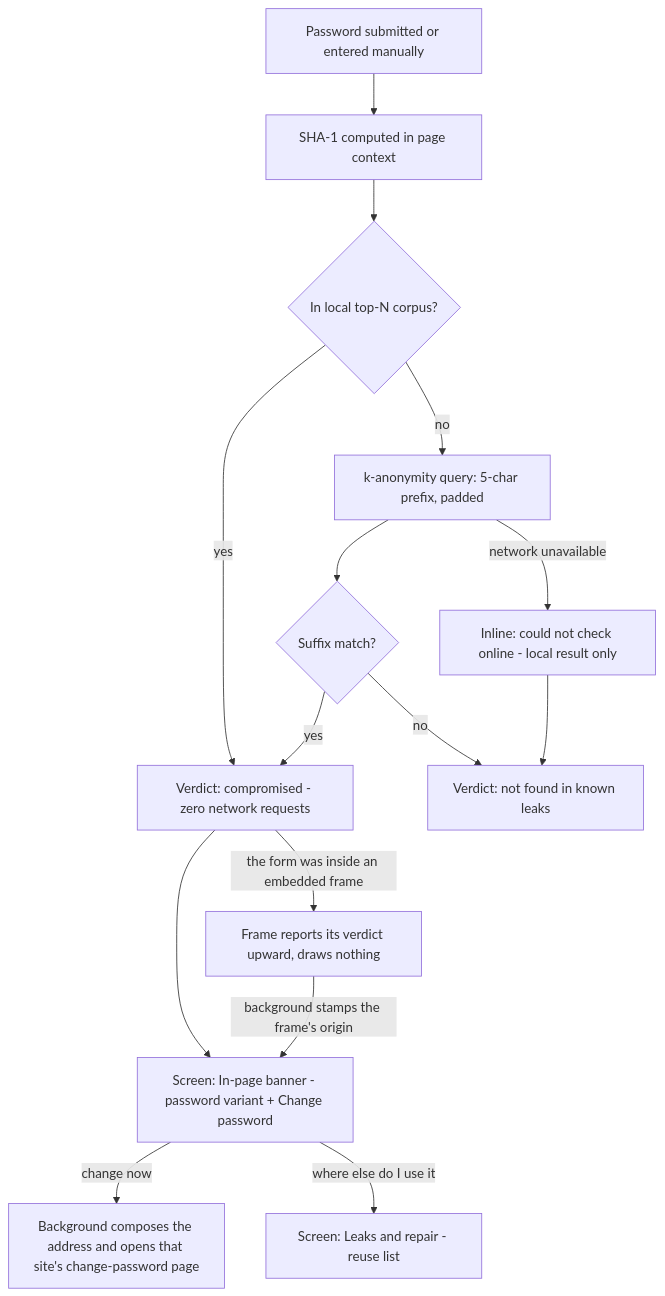
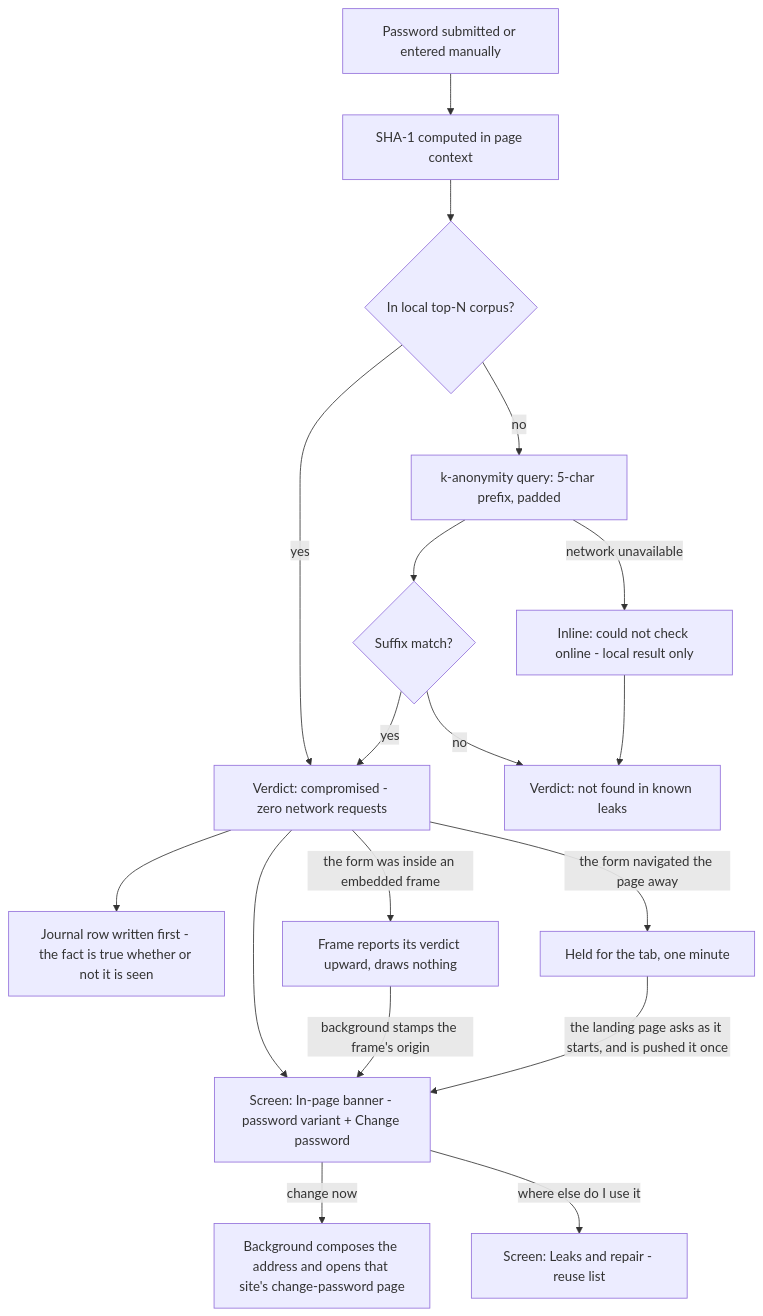
The tenth of 18 diagrams in docs/ux/flows.md (ssheleg/okolos), drawn with Mermaid before and after one commit. The commit also changed other lines of this file and 16 other files, not shown here.

````diff
--- a/docs/ux/flows.md
+++ b/docs/ux/flows.md
@@ -292,17 +292,20 @@
 ```mermaid
 flowchart TD
   A[Password submitted or entered manually] --> B[SHA-1 computed in page context]
   B --> C{In local top-N corpus?}
   C -->|yes| D[Verdict: compromised - zero network requests]
   C -->|no| E[k-anonymity query: 5-char prefix, padded]
   E --> F{Suffix match?}
   F -->|yes| D
   F -->|no| G[Verdict: not found in known leaks]
   E -->|network unavailable| E_err[Inline: could not check online - local result only]
   E_err --> G
+  D --> J1[Journal row written first - the fact is true whether or not it is seen]
   D --> H[Screen: In-page banner - password variant + Change password]
   D -->|the form was inside an embedded frame| F2[Frame reports its verdict upward, draws nothing]
   F2 -->|background stamps the frame's origin| H
+  D -->|the form navigated the page away| K[Held for the tab, one minute]
+  K -->|the landing page asks as it starts, and is pushed it once| H
   H -->|change now| I[Background composes the address and opens that site's change-password page]
   H -->|where else do I use it| J[Screen: Leaks and repair - reuse list]
 ```
````
